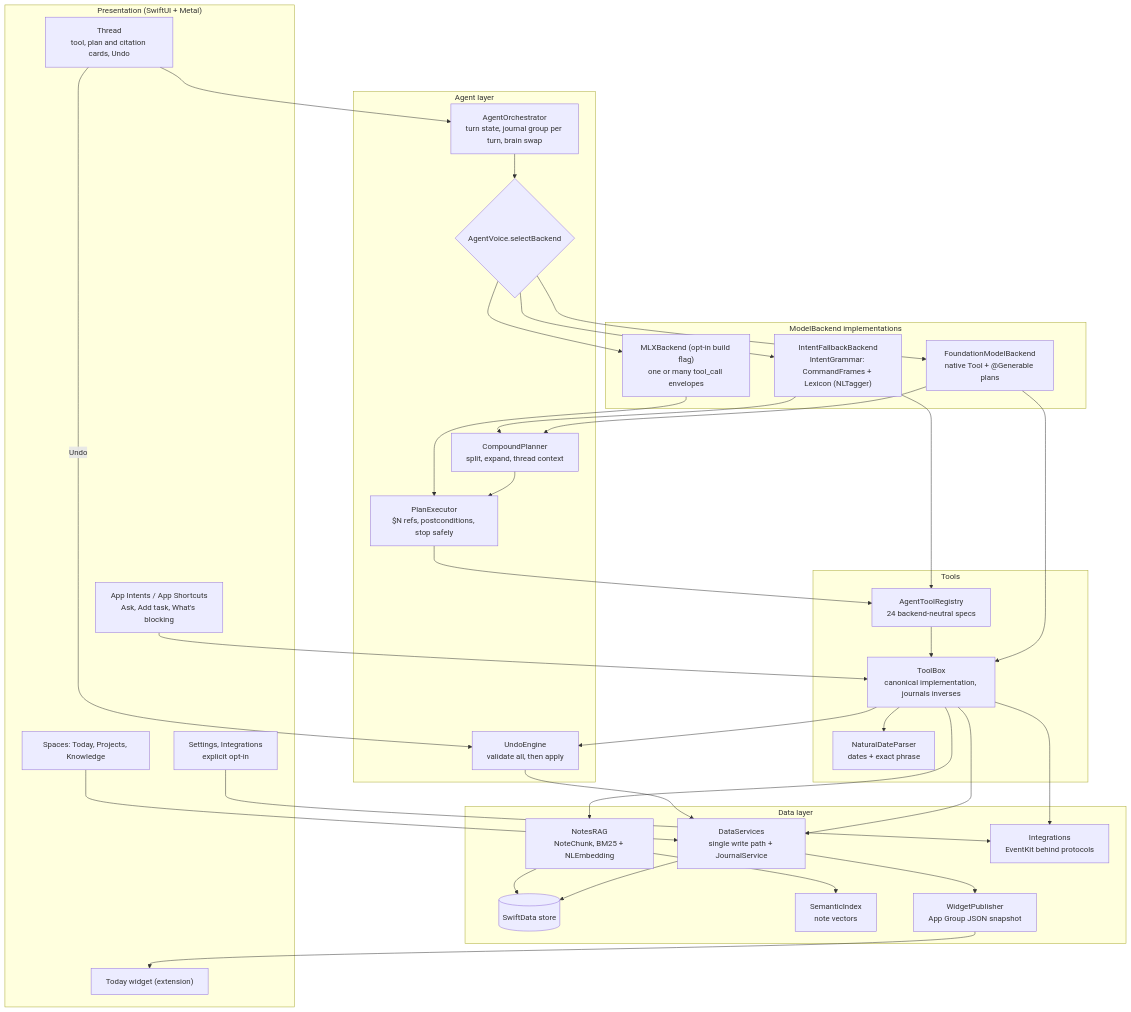
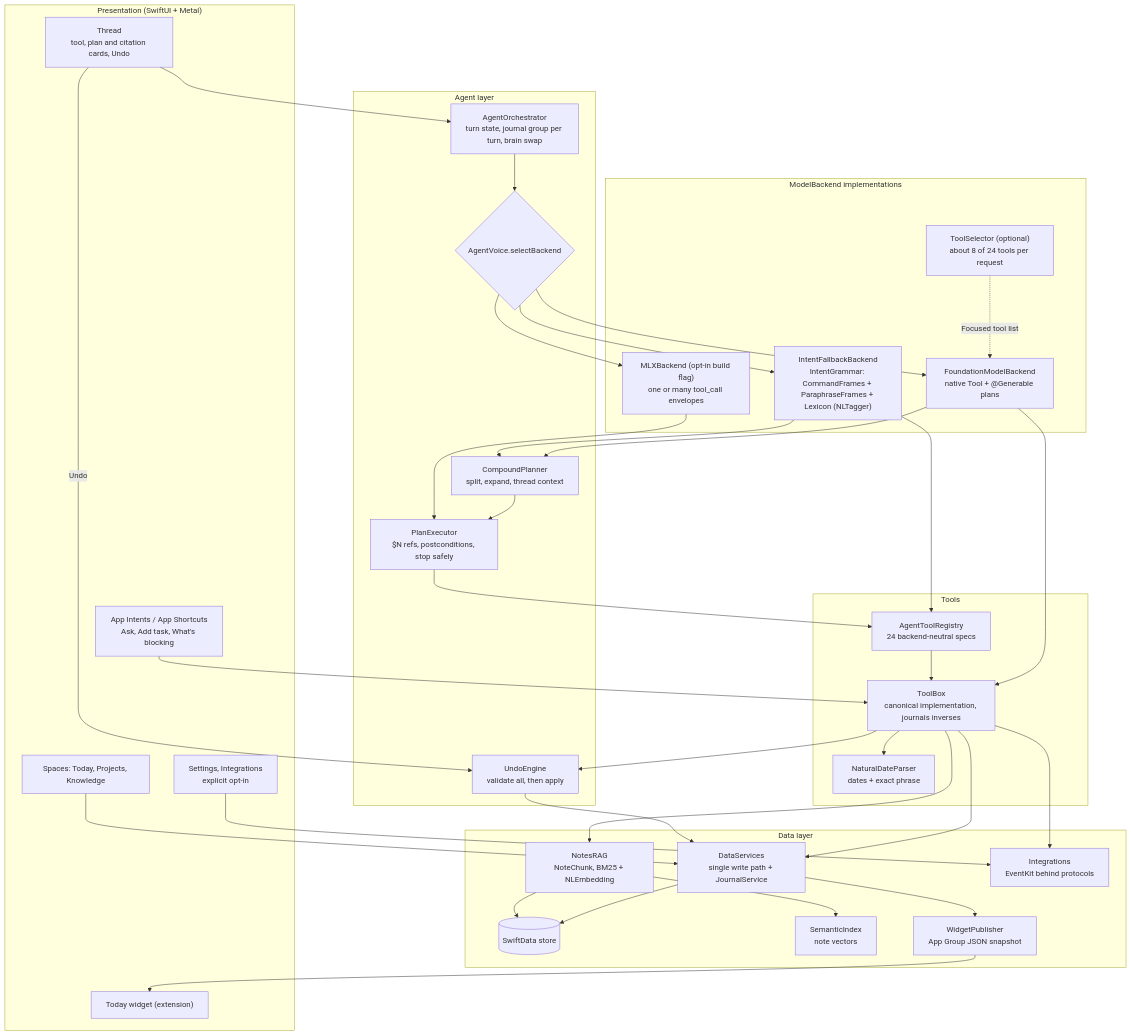
Before and after one commit to seanmcrae/pocketbrains-app: the diagram in docs/ARCHITECTURE.md, drawn with Mermaid. The commit also changed other lines of this file, not shown here.

Commit message:
ARCHITECTURE: ToolSelector, v0.3 router constructions, embedding eval step, docs site

````diff
--- a/docs/ARCHITECTURE.md
+++ b/docs/ARCHITECTURE.md
@@ -9,63 +9,65 @@
 ```mermaid
 flowchart TB
     subgraph UI["Presentation (SwiftUI + Metal)"]
         Thread["Thread<br/>tool, plan and citation cards, Undo"]
         Spaces["Spaces: Today, Projects, Knowledge"]
         Intents["App Intents / App Shortcuts<br/>Ask, Add task, What's blocking"]
         Widget["Today widget (extension)"]
         Settings["Settings, Integrations<br/>explicit opt-in"]
     end
 
     subgraph Agent["Agent layer"]
         Orch["AgentOrchestrator<br/>turn state, journal group per turn, brain swap"]
         Select{"AgentVoice.selectBackend"}
         Planner["CompoundPlanner<br/>split, expand, thread context"]
         Exec["PlanExecutor<br/>$N refs, postconditions, stop safely"]
         Undo["UndoEngine<br/>validate all, then apply"]
     end
 
     subgraph Brains["ModelBackend implementations"]
         FM["FoundationModelBackend<br/>native Tool + @Generable plans"]
         MLX["MLXBackend (opt-in build flag)<br/>one or many tool_call envelopes"]
-        Fallback["IntentFallbackBackend<br/>IntentGrammar: CommandFrames + Lexicon (NLTagger)"]
+        Fallback["IntentFallbackBackend<br/>IntentGrammar: CommandFrames + ParaphraseFrames + Lexicon (NLTagger)"]
+        Selector["ToolSelector (optional)<br/>about 8 of 24 tools per request"]
     end
 
     subgraph Tools["Tools"]
         Registry["AgentToolRegistry<br/>24 backend-neutral specs"]
         ToolBox["ToolBox<br/>canonical implementation, journals inverses"]
         Dates["NaturalDateParser<br/>dates + exact phrase"]
     end
 
     subgraph Data["Data layer"]
         Services["DataServices<br/>single write path + JournalService"]
         Store[("SwiftData store")]
         RAG["NotesRAG<br/>NoteChunk, BM25 + NLEmbedding"]
         Index["SemanticIndex<br/>note vectors"]
         EK["Integrations<br/>EventKit behind protocols"]
         Snap["WidgetPublisher<br/>App Group JSON snapshot"]
     end
 
     Thread --> Orch --> Select
     Select --> FM & MLX & Fallback
+    Selector -.->|"Focused tool list"| FM
     FM --> Planner
     Fallback --> Planner
     Planner --> Exec
     MLX --> Exec
     FM --> ToolBox
     Fallback --> Registry
     Exec --> Registry --> ToolBox
     Thread -->|Undo| Undo
     ToolBox --> Undo
     ToolBox --> Dates
     ToolBox --> Services
     ToolBox --> RAG
     ToolBox --> EK
     Undo --> Services
     Spaces --> Services
     Intents --> ToolBox
     Settings --> EK
     Services --> Store
     Services --> Snap --> Widget
     RAG --> Store
     RAG --> Index
 ```
````
